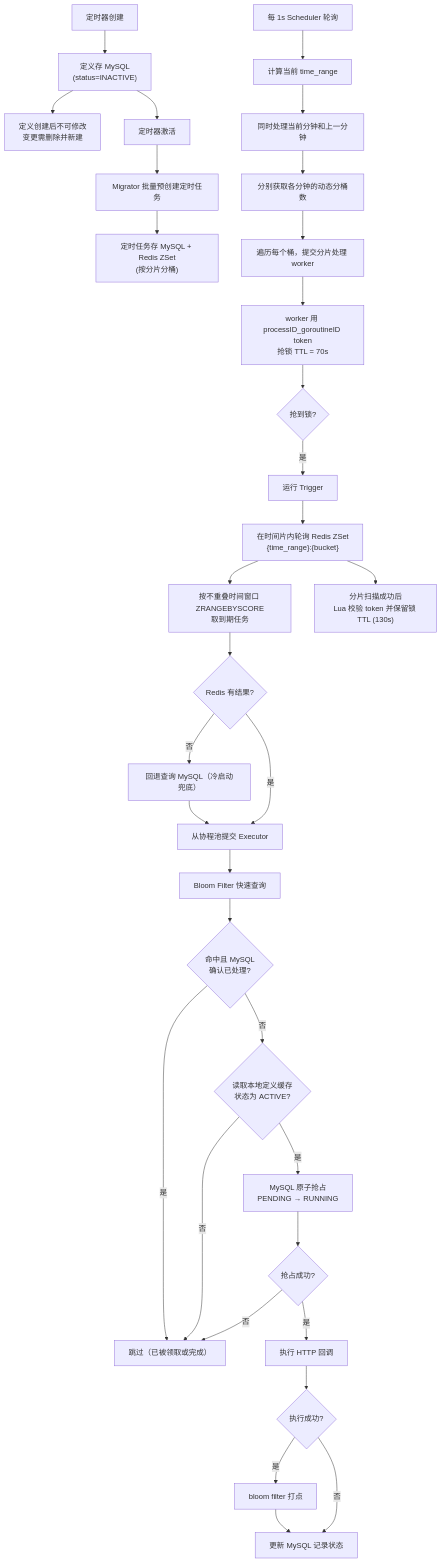
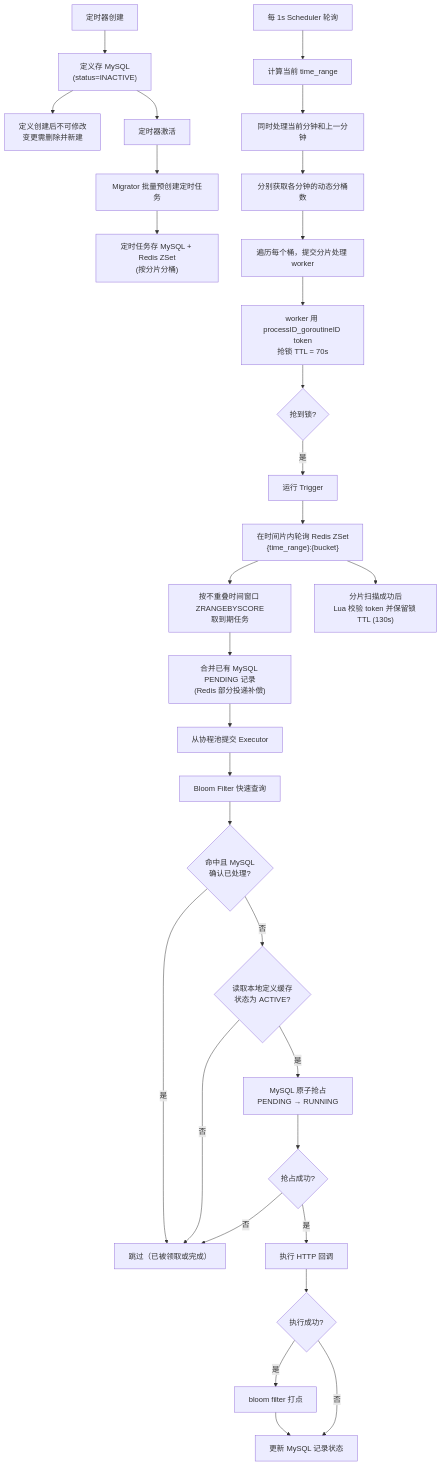
The second of 2 diagrams in README.md (Pavio6/ChronoFlow), drawn with Mermaid before and after one commit. The commit also changed other lines of this file and 32 other files, not shown here.

````diff
--- a/README.md
+++ b/README.md
@@ -68,38 +68,36 @@
 ```mermaid
 graph TD
     A["定时器创建"] --> B["定义存 MySQL<br/>(status=INACTIVE)"]
     B --> B2["定义创建后不可修改<br/>变更需删除并新建"]
     B --> C["定时器激活"]
     C --> D["Migrator 批量预创建定时任务"]
     D --> E["定时任务存 MySQL + Redis ZSet<br/>(按分片分桶)"]
     
     F["每 1s Scheduler 轮询"] --> G["计算当前 time_range"]
     G --> G2["同时处理当前分钟和上一分钟"]
     G2 --> G3["分别获取各分钟的动态分桶数"]
     G3 --> H["遍历每个桶，提交分片处理 worker"]
     H --> I["worker 用 processID_goroutineID token<br/>抢锁 TTL = 70s"]
     I --> I2{"抢到锁?"}
     I2 -->|是| J["运行 Trigger"]
     
     J --> K["在时间片内轮询 Redis ZSet<br/>{time_range}:{bucket}"]
     K --> L["按不重叠时间窗口 ZRANGEBYSCORE<br/>取到期任务"]
-    L --> L2{"Redis 有结果?"}
-    L2 -->|否| L3["回退查询 MySQL（冷启动兜底）"]
-    L3 --> M
-    L2 -->|是| M["从协程池提交 Executor"]
+    L --> L2["合并已有 MySQL PENDING 记录<br/>(Redis 部分投递补偿)"]
+    L2 --> M["从协程池提交 Executor"]
     
     M --> N["Bloom Filter 快速查询"]
     N --> N2{"命中且 MySQL<br/>确认已处理?"}
     N2 -->|是| S
     N2 -->|否| N3{"读取本地定义缓存<br/>状态为 ACTIVE?"}
     N3 -->|否| S
     N3 -->|是| O["MySQL 原子抢占<br/>PENDING → RUNNING"]
     O --> P{"抢占成功?"}
     P -->|否| S["跳过（已被领取或完成）"]
     P -->|是| T["执行 HTTP 回调"]
     T --> U{"执行成功?"}
     U -->|是| W["bloom filter 打点"]
     W --> V["更新 MySQL 记录状态"]
     U -->|否| V
     K --> K2["分片扫描成功后<br/>Lua 校验 token 并保留锁 TTL (130s)"]
 ```
````
